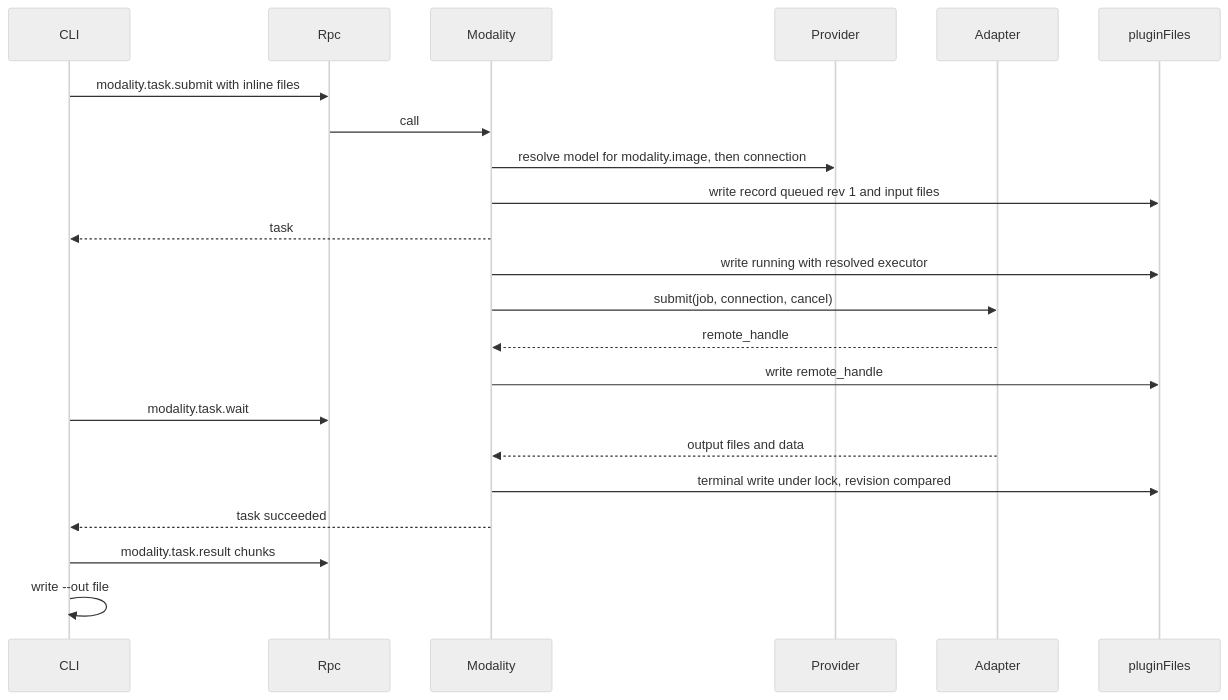
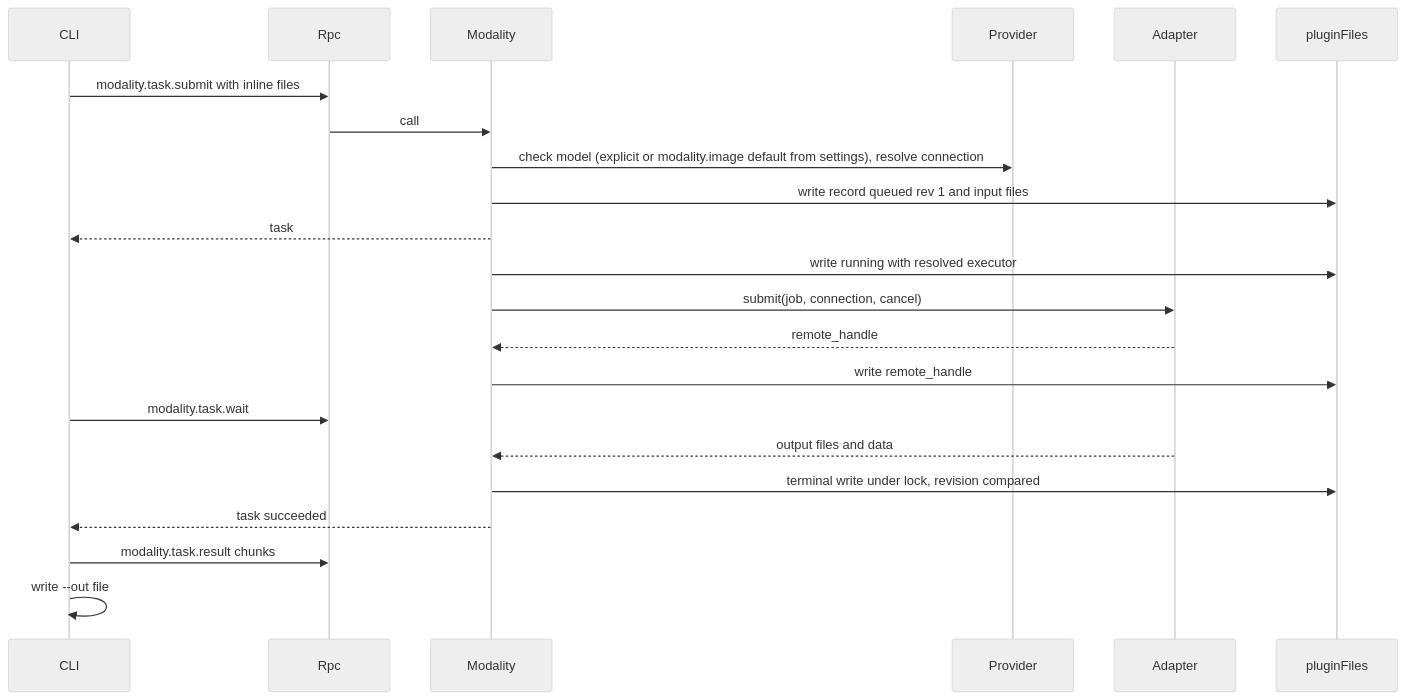
The third of 6 diagrams in docs/design/plugins/Modality.md (CoutinhoTTS/dim-agent), drawn with Mermaid (neutral theme) before and after one commit. The commit also changed other lines of this file and 14 other files, not shown here.

````diff
--- a/docs/design/plugins/Modality.md
+++ b/docs/design/plugins/Modality.md
@@ -84,24 +81,24 @@
 ```mermaid
 sequenceDiagram
   participant C as CLI
   participant R as Rpc
   participant D as Modality
   participant P as Provider
   participant A as Adapter
   participant S as pluginFiles
   C->>R: modality.task.submit with inline files
   R->>D: call
-  D->>P: resolve model for modality.image, then connection
+  D->>P: check model (explicit or modality.image default from settings), resolve connection
   D->>S: write record queued rev 1 and input files
   D-->>C: task
   D->>S: write running with resolved executor
   D->>A: submit(job, connection, cancel)
   A-->>D: remote_handle
   D->>S: write remote_handle
   C->>R: modality.task.wait
   A-->>D: output files and data
   D->>S: terminal write under lock, revision compared
   D-->>C: task succeeded
   C->>R: modality.task.result chunks
   C->>C: write --out file
 ```
````
